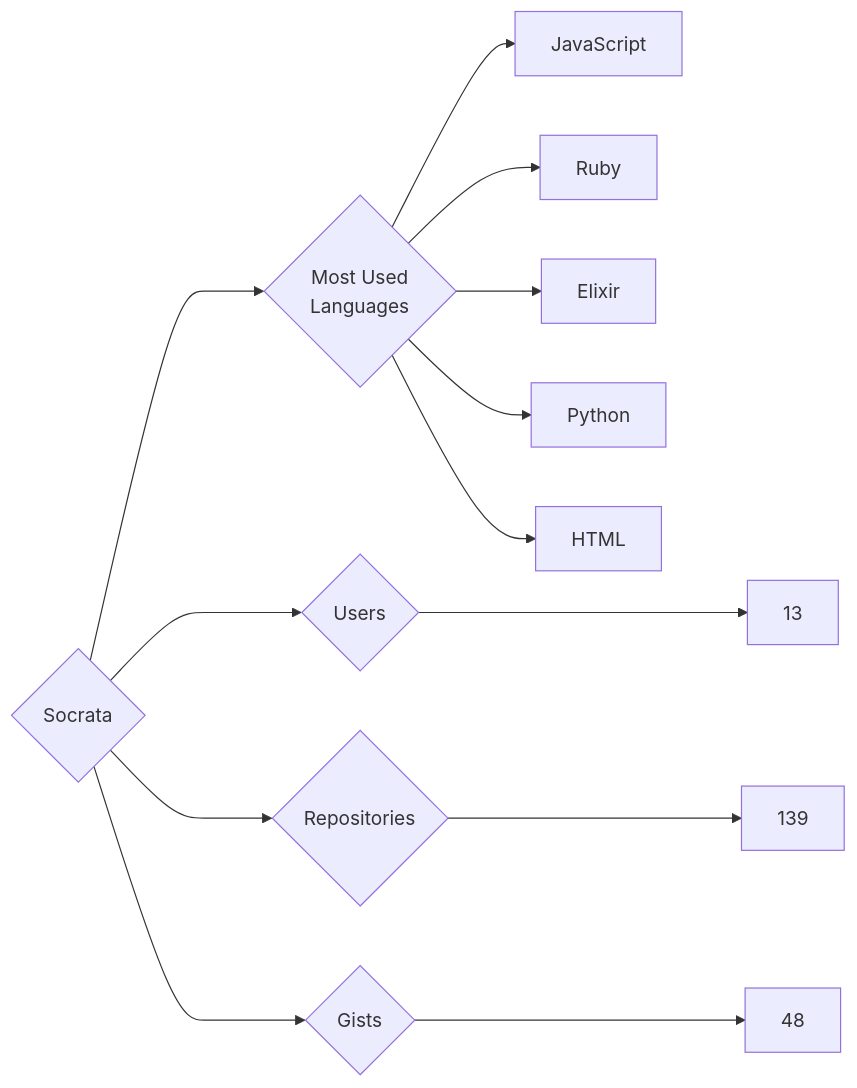
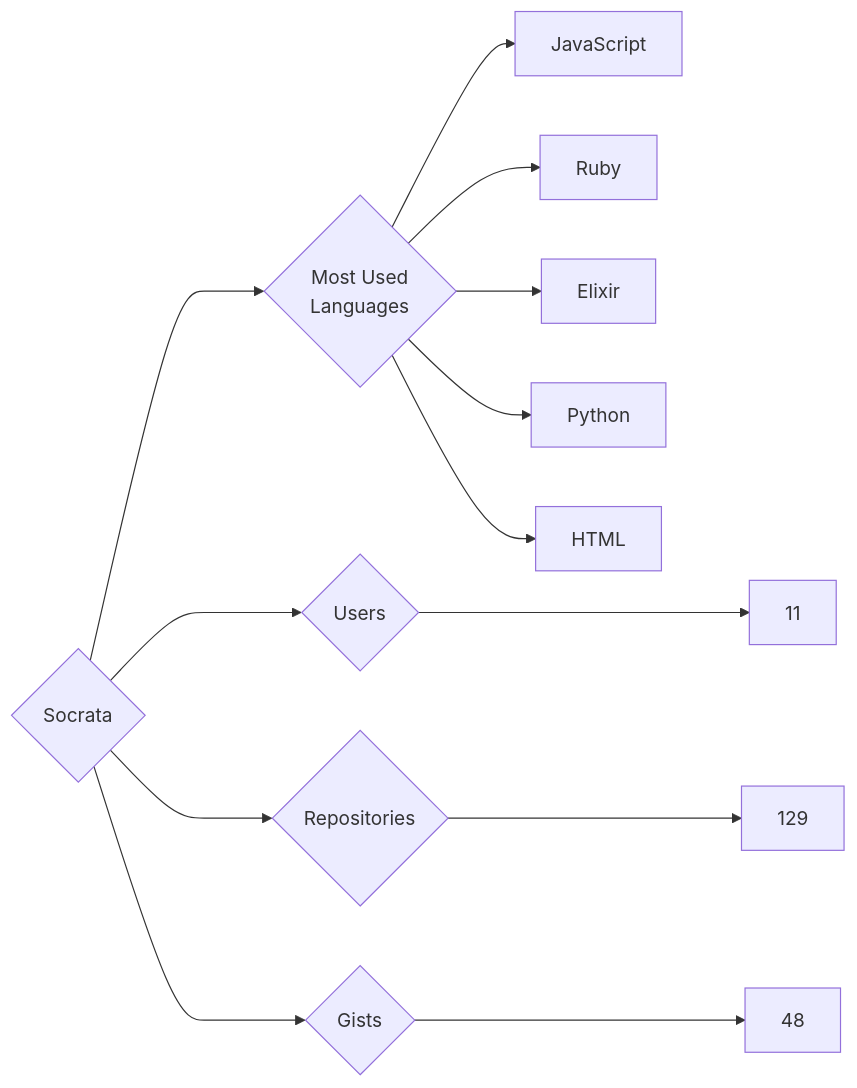
Before and after one commit to trickest/insiders: the diagram in targets/Socrata/README.md, drawn with Mermaid. The commit also changed 1484 other files, not shown here.

````diff
--- a/targets/Socrata/README.md
+++ b/targets/Socrata/README.md
@@ -3,13 +3,13 @@
 ```mermaid
 graph LR
 COMPANY_NAME{Socrata}
-COMPANY_NAME ---> U{Users} ---> UN[13]
-COMPANY_NAME ---> R{Repositories} ---> RN[139]
+COMPANY_NAME ---> U{Users} ---> UN[11]
+COMPANY_NAME ---> R{Repositories} ---> RN[129]
 COMPANY_NAME ---> G{Gists} ---> GN[48]
 COMPANY_NAME ---> ML{Most Used<br>Languages}
 ML --> JavaScript[JavaScript]
 ML --> Ruby[Ruby]
 ML --> Elixir[Elixir]
 ML --> Python[Python]
 ML --> HTML[HTML]
 ```
````
